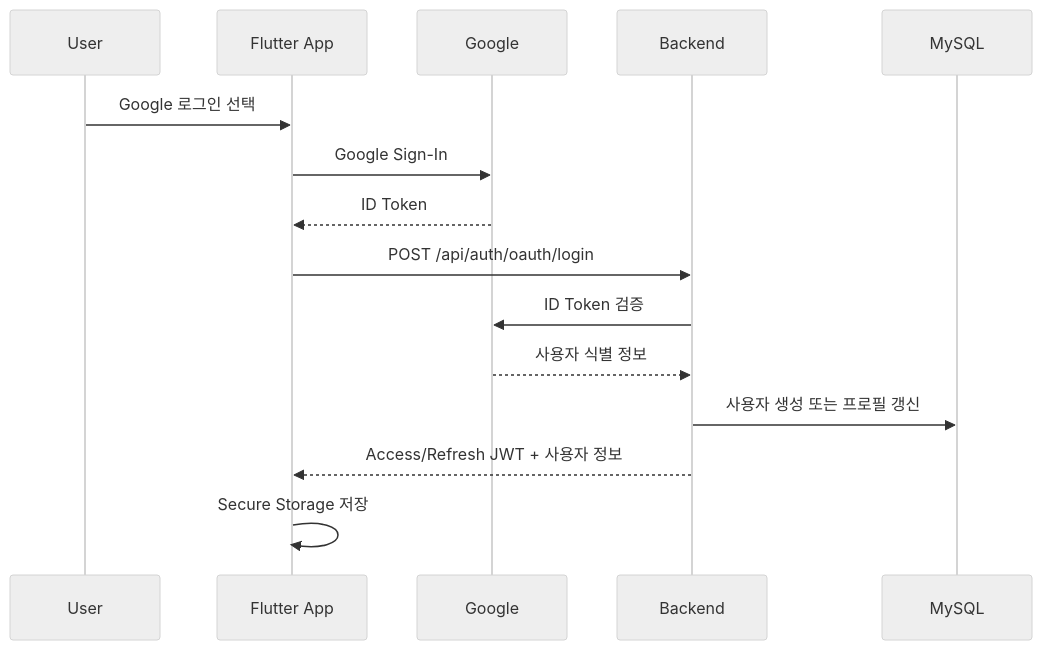
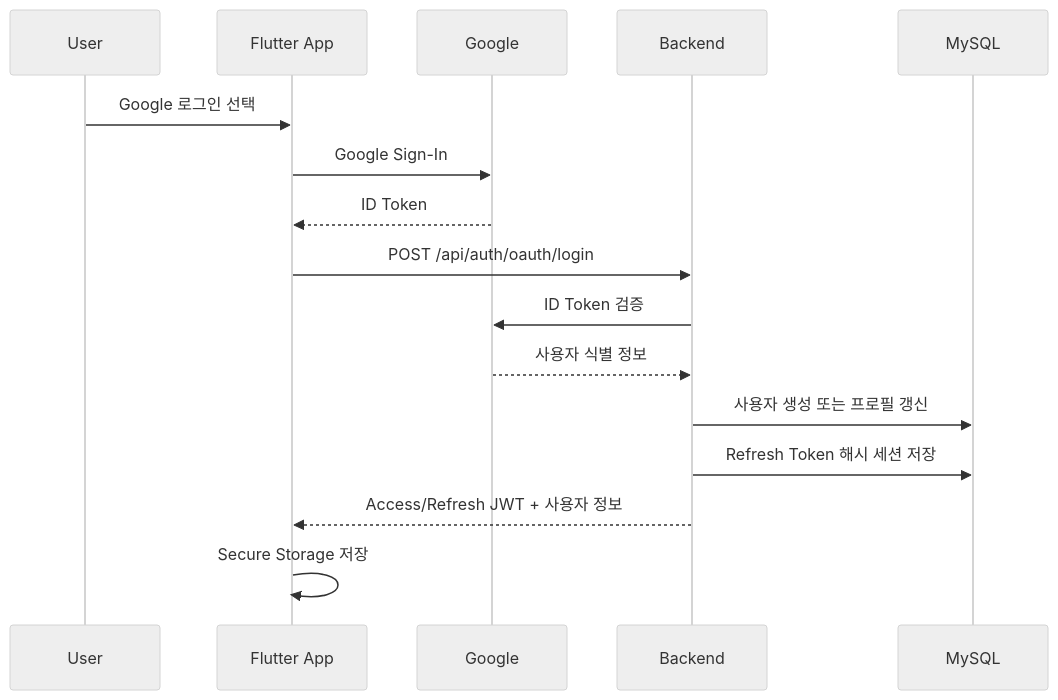
The first of 2 diagrams in docs/architecture/authentication-flow.md (byeok99/LingKo), drawn with Mermaid (neutral theme) before and after one commit. The commit also changed other lines of this file and 11 other files, not shown here.

Commit message:
docs: document refresh token lifecycle

````diff
--- a/docs/architecture/authentication-flow.md
+++ b/docs/architecture/authentication-flow.md
@@ -5,18 +5,19 @@
 ```mermaid
 sequenceDiagram
     participant U as User
     participant A as Flutter App
     participant G as Google
     participant B as Backend
     participant D as MySQL
 
     U->>A: Google 로그인 선택
     A->>G: Google Sign-In
     G-->>A: ID Token
     A->>B: POST /api/auth/oauth/login
     B->>G: ID Token 검증
     G-->>B: 사용자 식별 정보
     B->>D: 사용자 생성 또는 프로필 갱신
+    B->>D: Refresh Token 해시 세션 저장
     B-->>A: Access/Refresh JWT + 사용자 정보
     A->>A: Secure Storage 저장
 ```
````
